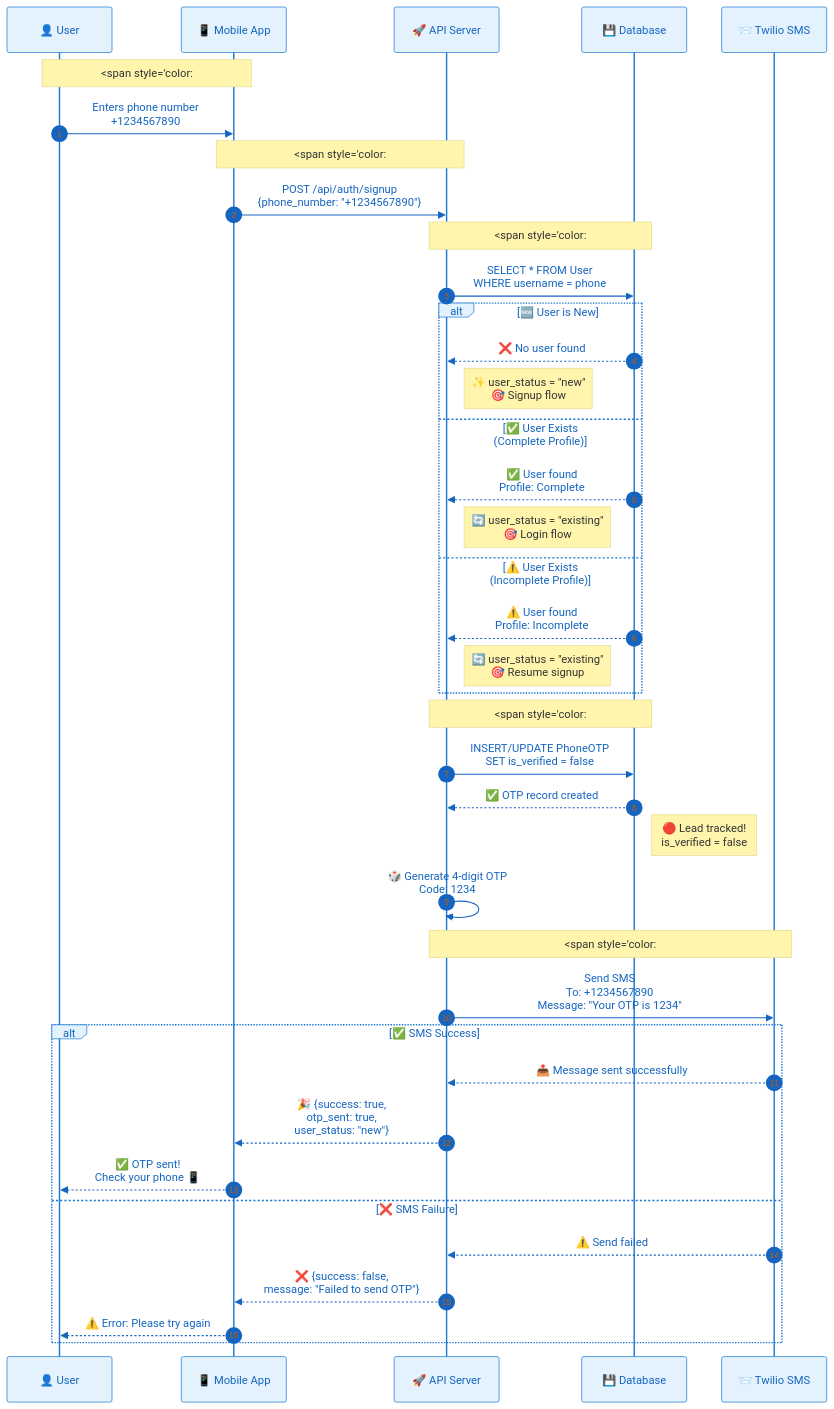
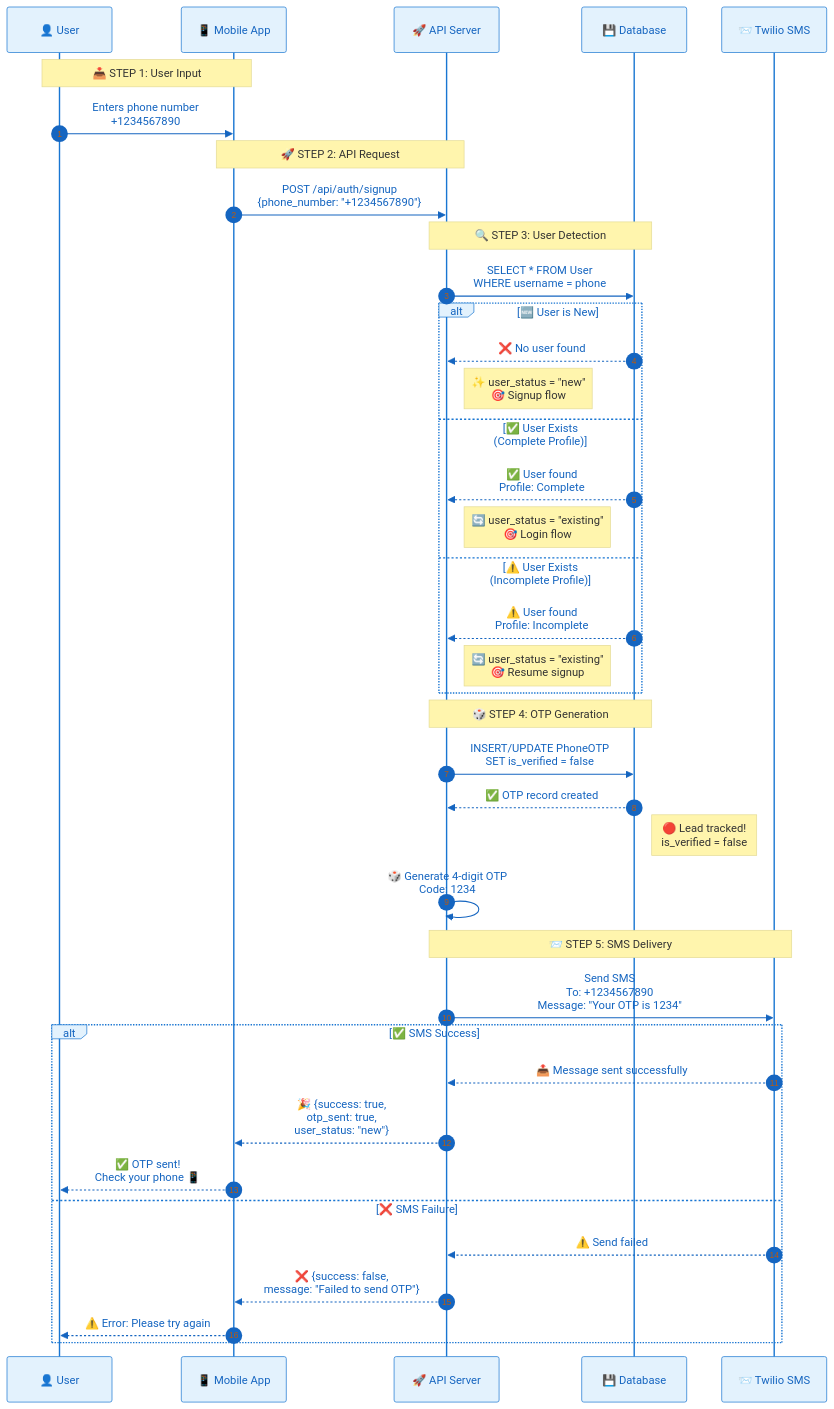
One commit to LOOPINX-CIRCLE/LoopinBackend changed the second of 5 diagrams in PHONE_AUTHENTICATION.md. Above: the diagram before and after it, drawn with Mermaid. The commit also changed other lines of this file, not shown here.

First line of the commit message:
refactor: Remove HTML span tags from Mermaid diagrams for clean rendering

````diff
--- a/PHONE_AUTHENTICATION.md
+++ b/PHONE_AUTHENTICATION.md
@@ -227,48 +227,48 @@
 ```mermaid
 %%{init: {'theme':'base', 'themeVariables': { 'primaryColor':'#e3f2fd','primaryTextColor':'#1565c0','primaryBorderColor':'#1976d2','lineColor':'#42a5f5','secondaryColor':'#f3e5f5','tertiaryColor':'#e8f5e9'}}}%%
 sequenceDiagram
     autonumber
     participant U as 👤 User
     participant M as 📱 Mobile App
     participant A as 🚀 API Server
     participant D as 💾 Database
     participant T as 📨 Twilio SMS
     
-    Note over U,M: <span style='color:#1565c0'>Step 1: User Input</span>
+    Note over U,M: 📥 STEP 1: User Input
     U->>M: Enters phone number<br/>+1234567890
     
-    Note over M,A: <span style='color:#2e7d32'>Step 2: API Request</span>
+    Note over M,A: 🚀 STEP 2: API Request
     M->>A: POST /api/auth/signup<br/>{phone_number: "+1234567890"}
     
-    Note over A,D: <span style='color:#e65100'>Step 3: User Detection</span>
+    Note over A,D: 🔍 STEP 3: User Detection
     A->>D: SELECT * FROM User<br/>WHERE username = phone
     alt 🆕 User is New
         D-->>A: ❌ No user found
         Note right of A: ✨ user_status = "new"<br/>🎯 Signup flow
     else ✅ User Exists (Complete Profile)
         D-->>A: ✅ User found<br/>Profile: Complete
         Note right of A: 🔄 user_status = "existing"<br/>🎯 Login flow
     else ⚠️ User Exists (Incomplete Profile)
         D-->>A: ⚠️ User found<br/>Profile: Incomplete
         Note right of A: 🔄 user_status = "existing"<br/>🎯 Resume signup
     end
     
-    Note over A,D: <span style='color:#c62828'>Step 4: OTP Generation</span>
+    Note over A,D: 🎲 STEP 4: OTP Generation
     A->>D: INSERT/UPDATE PhoneOTP<br/>SET is_verified = false
     D-->>A: ✅ OTP record created
     Note right of D: 🔴 Lead tracked!<br/>is_verified = false
     A->>A: 🎲 Generate 4-digit OTP<br/>Code: 1234
     
-    Note over A,T: <span style='color:#6a1b9a'>Step 5: SMS Delivery</span>
+    Note over A,T: 📨 STEP 5: SMS Delivery
     A->>T: Send SMS<br/>To: +1234567890<br/>Message: "Your OTP is 1234"
     
     alt ✅ SMS Success
         T-->>A: 📤 Message sent successfully
         A-->>M: 🎉 {success: true,<br/>otp_sent: true,<br/>user_status: "new"}
         M-->>U: ✅ OTP sent!<br/>Check your phone 📱
     else ❌ SMS Failure
         T-->>A: ⚠️ Send failed
         A-->>M: ❌ {success: false,<br/>message: "Failed to send OTP"}
         M-->>U: ⚠️ Error: Please try again
     end
 ```
````
